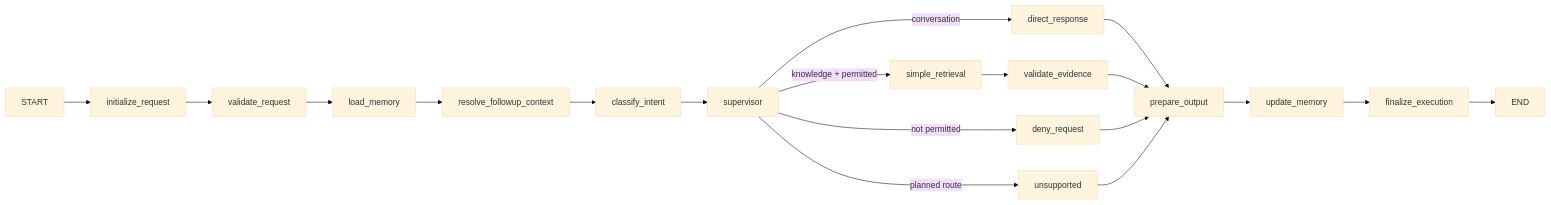
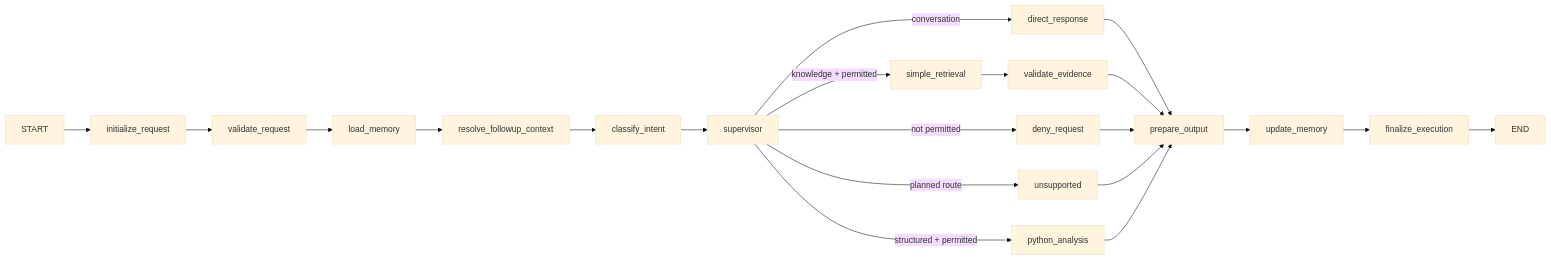
One commit to dakshina-d/enterprise-ai-knowledge-assistant changed the first of 6 diagrams in docs/graph-design.md. Above: the diagram before and after it, drawn with Mermaid (base theme). The commit also changed 26 other files, not shown here.

Commit message:
add restricted Python analysis tool

````diff
--- a/docs/graph-design.md
+++ b/docs/graph-design.md
@@ -11,15 +11,17 @@
 ```mermaid
 flowchart LR
     START --> I[initialize_request] --> V[validate_request] --> M[load_memory]
     M --> Q[resolve_followup_context] --> C[classify_intent]
     C --> S[supervisor]
     S -->|conversation| D[direct_response]
     S -->|knowledge + permitted| R[simple_retrieval] --> E[validate_evidence]
     S -->|not permitted| X[deny_request]
     S -->|planned route| U[unsupported]
+    S -->|structured + permitted| PA[python_analysis]
     D --> P[prepare_output]
     E --> P
     X --> P
     U --> P
+    PA --> P
     P --> UM[update_memory] --> F[finalize_execution] --> END
 ```
````
